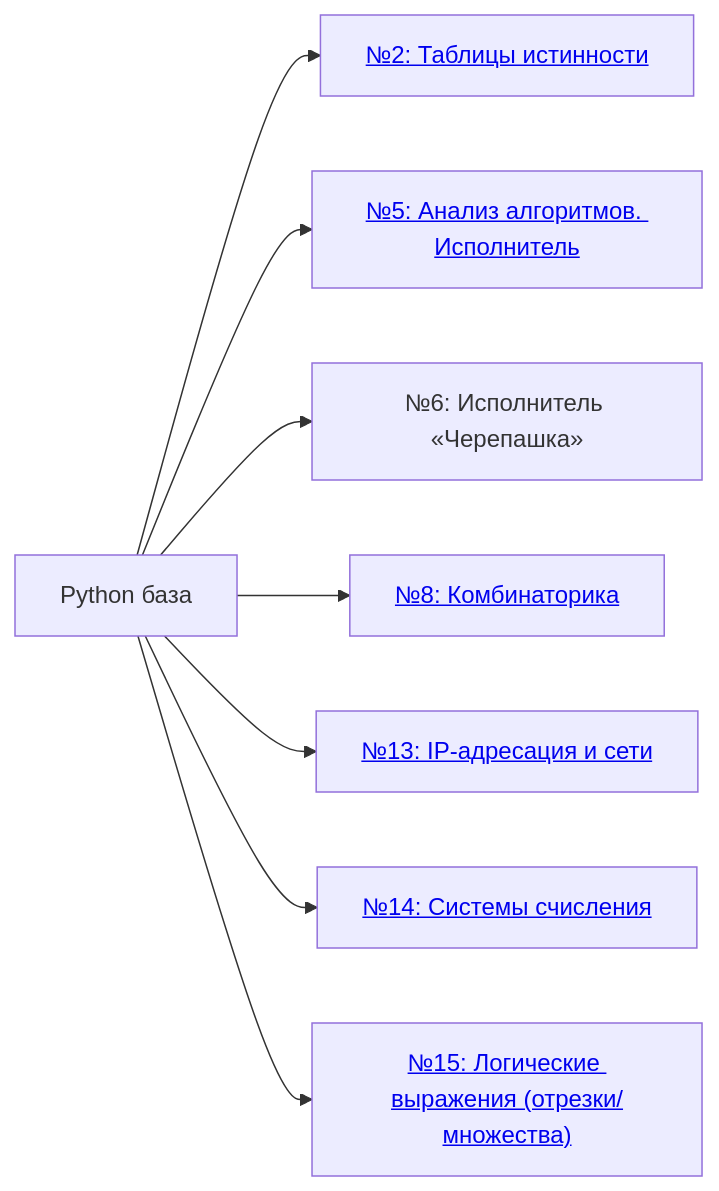
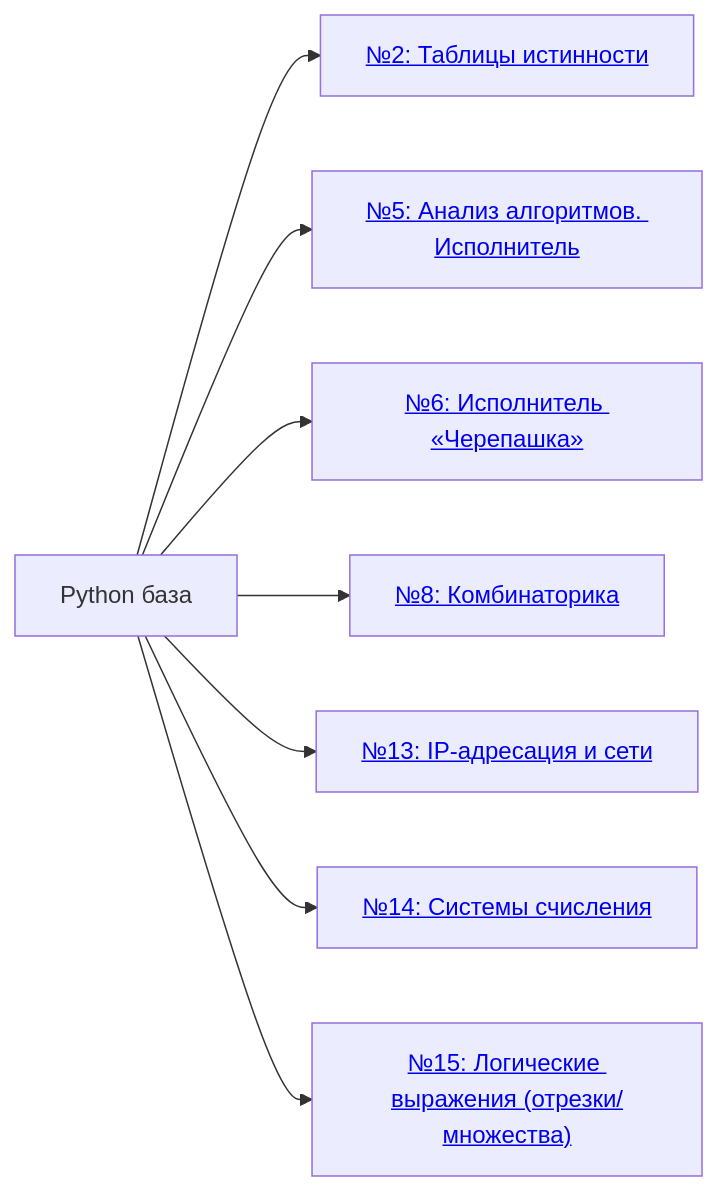
One commit to mueqee/spbpu-inf-course changed the second of 6 diagrams in README.md. Above: the diagram before and after it, drawn with Mermaid. The commit also changed other lines of this file and 3 other files, not shown here.

````diff
--- a/README.md
+++ b/README.md
@@ -87,18 +88,19 @@
 ```mermaid
 flowchart LR
   T2["Python база"]
   T2 --> T2a["<a href='https://github.com/mueqee/spbpu-inf-course/tree/2026/Задание_2_Таблицы_истинности'>№2: Таблицы истинности</a>"]
   T2 --> T2b["<a href='https://github.com/mueqee/spbpu-inf-course/tree/2026/%D0%97%D0%B0%D0%B4%D0%B0%D0%BD%D0%B8%D0%B5_5_%D0%98%D1%81%D0%BF%D0%BE%D0%BB%D0%BD%D0%B8%D1%82%D0%B5%D0%BB%D1%8C'>№5: Анализ алгоритмов. Исполнитель</a>"]
-  T2 --> T2c["№6: Исполнитель «Черепашка»"]
+  T2 --> T2c["<a href='https://github.com/mueqee/spbpu-inf-course/tree/2026/%D0%97%D0%B0%D0%B4%D0%B0%D0%BD%D0%B8%D0%B5_6_%D0%A7%D0%B5%D1%80%D0%B5%D0%BF%D0%B0%D1%85%D0%B0'>№6: Исполнитель «Черепашка»</a>"]
   T2 --> T2d["<a href='https://github.com/mueqee/spbpu-inf-course/tree/2026/Задание_8_Комбинаторика'>№8: Комбинаторика</a>"]
   T2 --> T2e["<a href='https://github.com/mueqee/spbpu-inf-course/tree/2026/Задание_13_IP_адресация'>№13: IP-адресация и сети</a>"]
   T2 --> T2f["<a href='https://github.com/mueqee/spbpu-inf-course/tree/2026/Задание_14_Системы_счисления'>№14: Системы счисления</a>"]
   T2 --> T2g["<a href='https://github.com/mueqee/spbpu-inf-course/tree/2026/Задание_15_Логические_выражения'>№15: Логические выражения (отрезки/множества)</a>"]
 
   click T2a "https://github.com/mueqee/spbpu-inf-course/tree/2026/Задание_2_Таблицы_истинности"
   click T2b "https://github.com/mueqee/spbpu-inf-course/tree/2026/%D0%97%D0%B0%D0%B4%D0%B0%D0%BD%D0%B8%D0%B5_5_%D0%98%D1%81%D0%BF%D0%BE%D0%BB%D0%BD%D0%B8%D1%82%D0%B5%D0%BB%D1%8C"
+  click T2c "https://github.com/mueqee/spbpu-inf-course/tree/2026/%D0%97%D0%B0%D0%B4%D0%B0%D0%BD%D0%B8%D0%B5_6_%D0%A7%D0%B5%D1%80%D0%B5%D0%BF%D0%B0%D1%85%D0%B0"
   click T2d "https://github.com/mueqee/spbpu-inf-course/tree/2026/Задание_8_Комбинаторика"
   click T2e "https://github.com/mueqee/spbpu-inf-course/tree/2026/Задание_13_IP_адресация"
   click T2f "https://github.com/mueqee/spbpu-inf-course/tree/2026/Задание_14_Системы_счисления"
   click T2g "https://github.com/mueqee/spbpu-inf-course/tree/2026/Задание_15_Логические_выражения"
 ```
````
